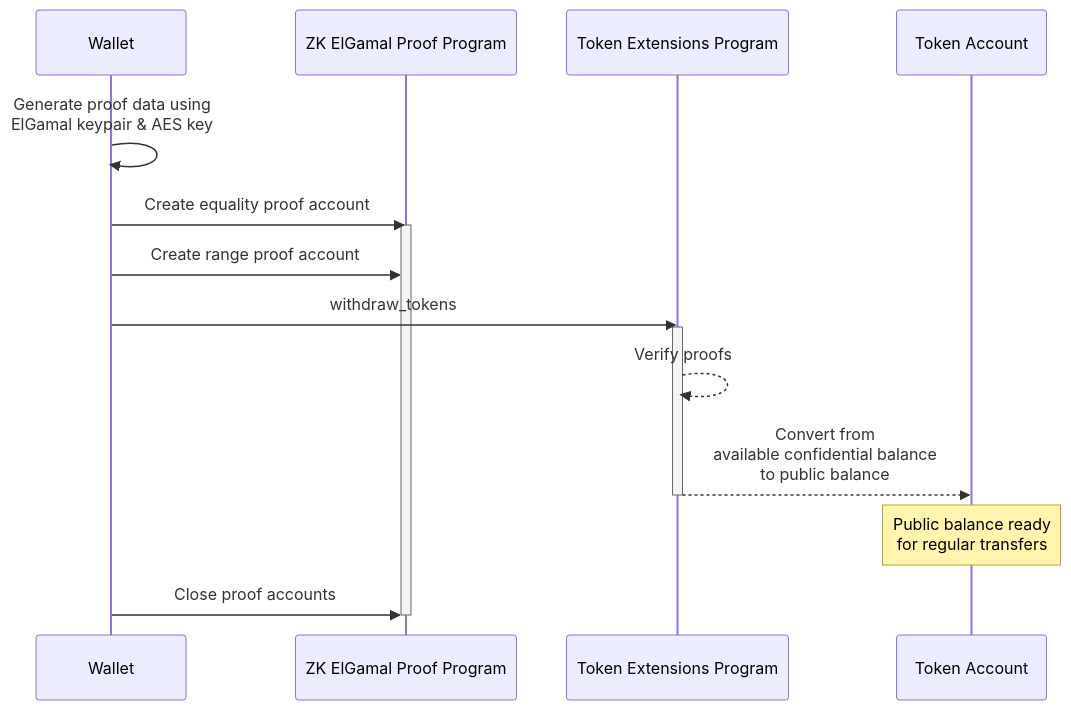
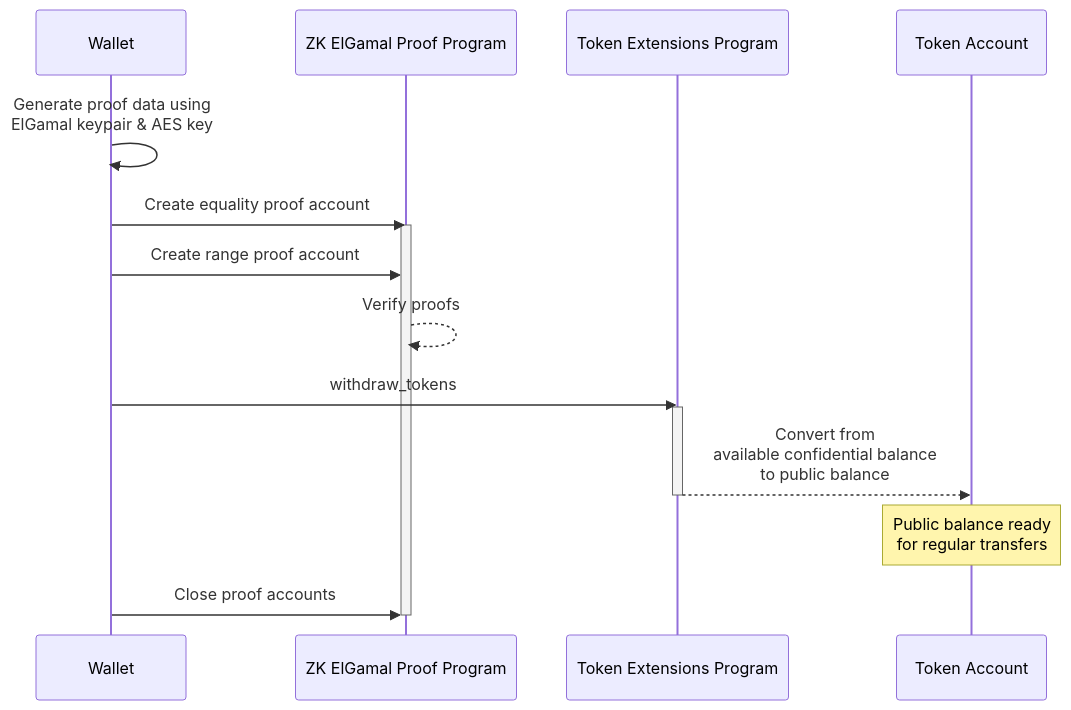
Before and after one commit to solana-foundation/solana-com: the diagram in content/docs/tokens/extensions/confidential-transfer/withdraw-tokens.mdx, drawn with Mermaid. The commit also changed other lines of this file and 6 other files, not shown here.

````diff
--- a/content/docs/tokens/extensions/confidential-transfer/withdraw-tokens.mdx
+++ b/content/docs/tokens/extensions/confidential-transfer/withdraw-tokens.mdx
@@ -33,25 +33,25 @@
 ```mermaid title="Withdraw Tokens"
 sequenceDiagram
     participant Owner as Wallet
     participant ElGamal as ZK ElGamal Proof Program
     participant Token22 as Token Extensions Program
     participant TokenAccount as Token Account
 
 
     Owner->>Owner: Generate proof data using<br>ElGamal keypair & AES key
 
     Owner->>ElGamal: Create equality proof account
     activate ElGamal
     Owner->>ElGamal: Create range proof account
+    ElGamal-->>ElGamal: Verify proofs
 
     Owner->>Token22: withdraw_tokens
     activate Token22
-    Token22-->>Token22: Verify proofs
     Token22-->>TokenAccount: Convert from <br> available confidential balance <br> to public balance
     deactivate Token22
 
     Note over TokenAccount: Public balance ready <br>for regular transfers
 
     Owner->>ElGamal: Close proof accounts
     deactivate ElGamal
 ```
````
